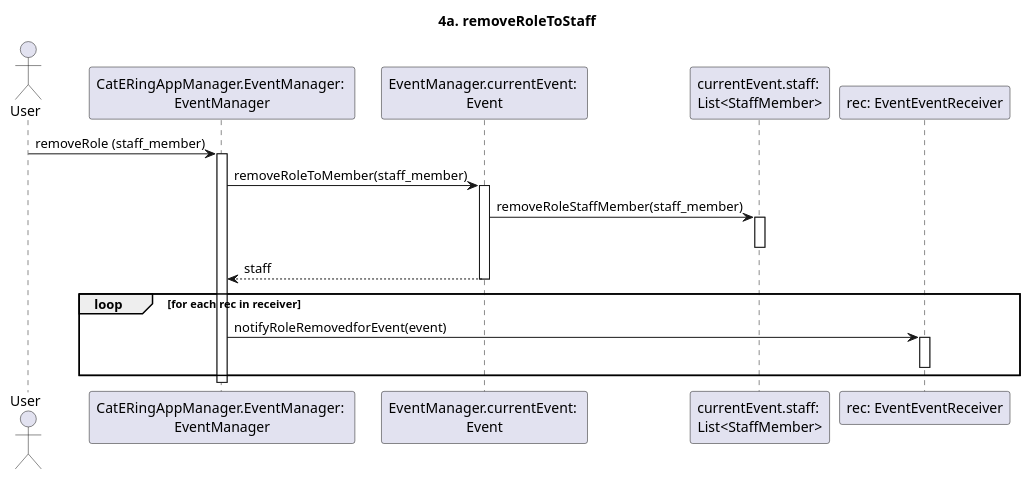
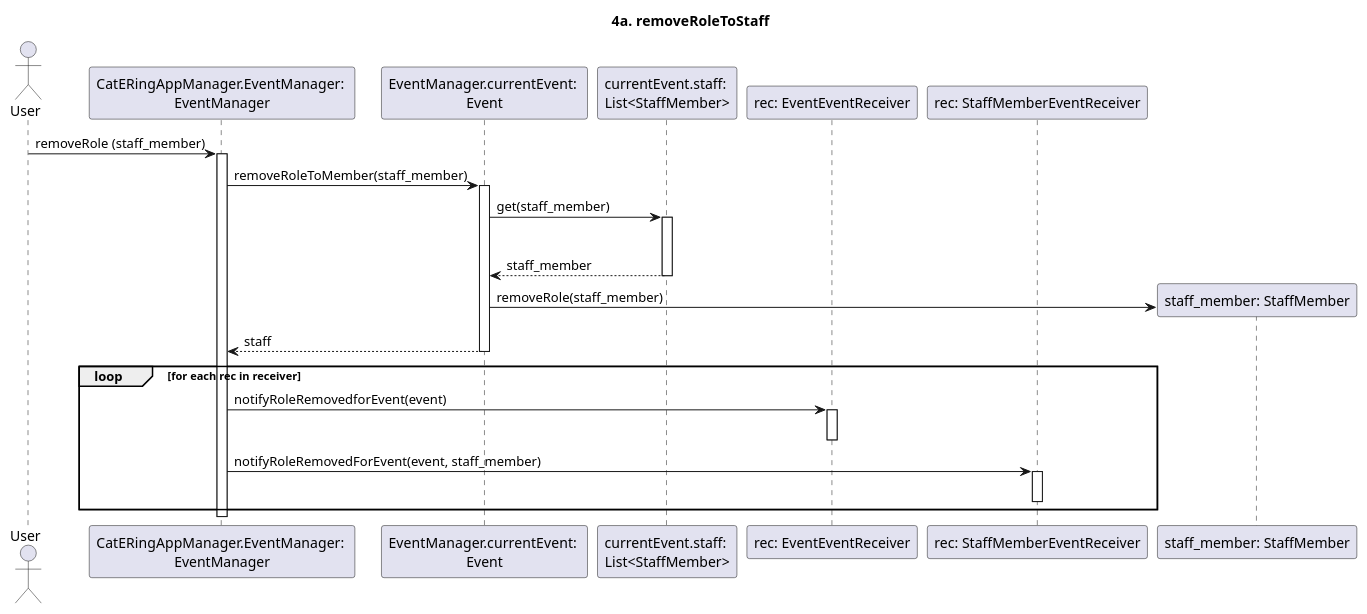
The diagram in dsd/dsd-eventi/estensioniEcc/4c-removeRoleFromStaff.md (m0canu1/sas), drawn with PlantUML before and after one commit. The commit also changed 7 other files, not shown here.

````diff
--- a/dsd/dsd-eventi/estensioniEcc/4c-removeRoleFromStaff.md
+++ b/dsd/dsd-eventi/estensioniEcc/4c-removeRoleFromStaff.md
@@ -1,26 +1,35 @@
 ```plantuml
 
 title: 4a. removeRoleToStaff
 
 Actor User
 Participant "CatERingAppManager.EventManager: \nEventManager" as EM
 Participant "EventManager.currentEvent: \nEvent" as E
 Participant "currentEvent.staff: \nList<StaffMember>" as SM
 Participant "rec: EventEventReceiver" as EER
+Participant "rec: StaffMemberEventReceiver" as SER
 User -> EM: removeRole (staff_member)
 Activate EM
     EM -> E: removeRoleToMember(staff_member)
     Activate E
-       E -> SM: removeRoleStaffMember(staff_member)
+       E -> SM: get(staff_member)
        Activate SM
+       alt staff_member in staff
+       SM --> E: staff_member
        Deactivate SM
+       create "staff_member: StaffMember"
+       E -> "staff_member: StaffMember": removeRole(staff_member)
        E --> EM: staff
     Deactivate E
     loop for each rec in receiver
        EM -> EER: notifyRoleRemovedforEvent(event)
        Activate EER
        Deactivate EER
+
+    EM -> SER: notifyRoleRemovedForEvent(event, staff_member)
+    Activate SER
+    Deactivate SER
     end
 Deactivate EM
 
 ```
````
